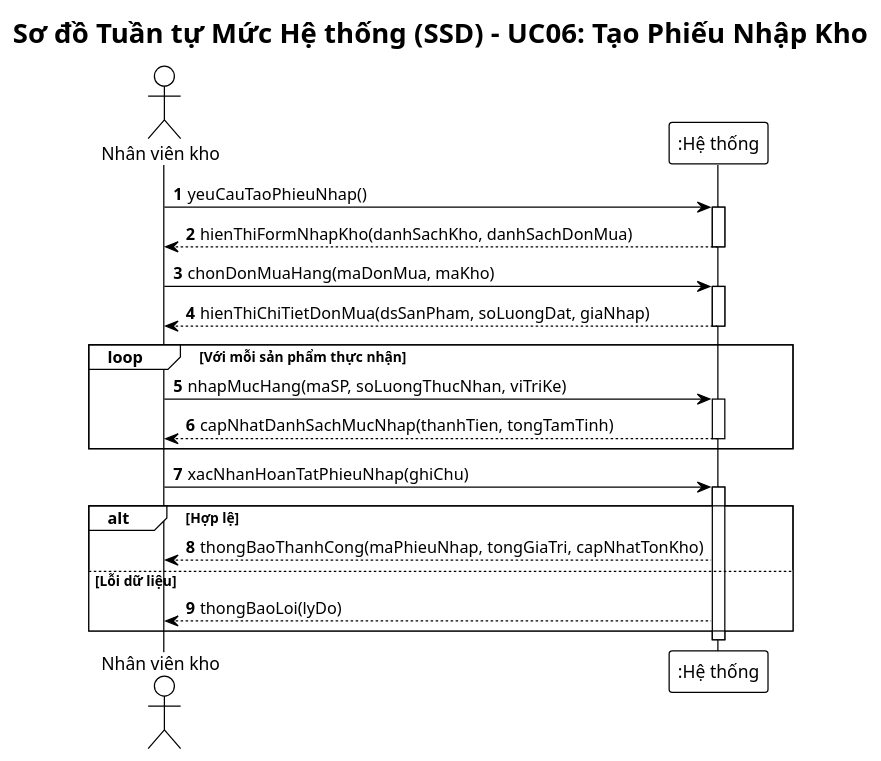
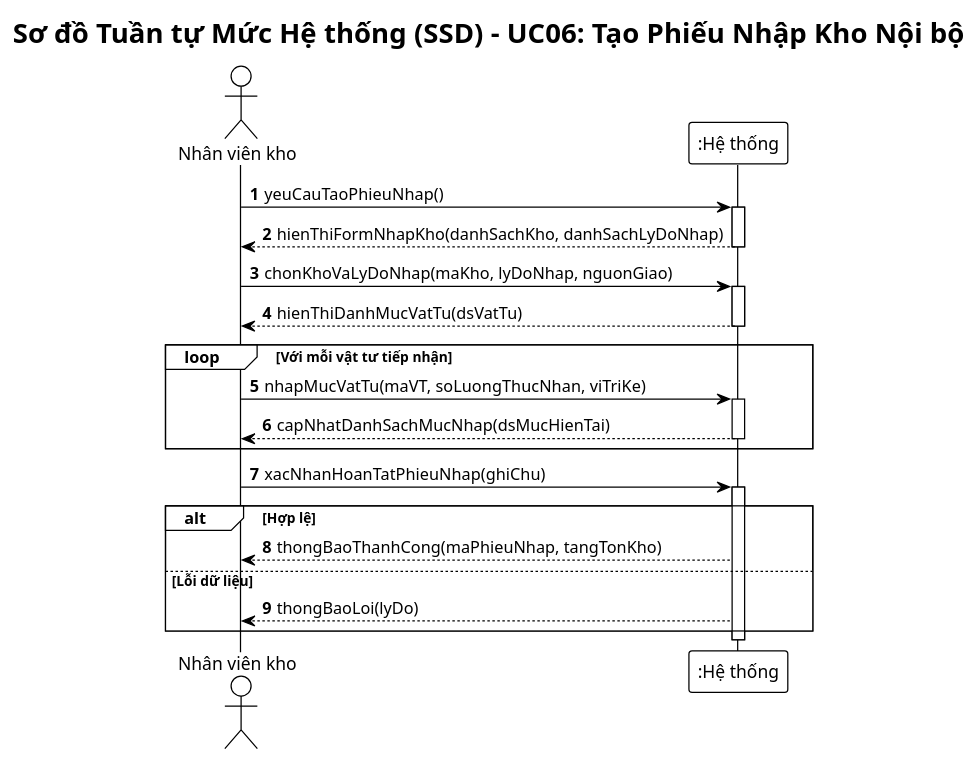
The first of 4 diagrams in BTL-QuanLyKhoHang/plantuml/ssd.puml (vuhoabinh2416137/G8_Quanlysanphamvakhohang), drawn with PlantUML before and after one commit. The commit also changed other lines of this file and 73 other files, not shown here.

Commit message:
refactor: chuyen doi toan bo du an sang Quan ly Kho vat tu noi bo to chuc va bo sung ke hoach phan cong 7 thanh vien

```diff
--- a/BTL-QuanLyKhoHang/plantuml/ssd.puml
+++ b/BTL-QuanLyKhoHang/plantuml/ssd.puml
@@ -1,37 +1,37 @@
 @startuml ssd-nhap-kho
 !theme plain
 autonumber
 skinparam responseMessageBelowArrow true
 skinparam defaultFontName "Arial"
 
-title Sơ đồ Tuần tự Mức Hệ thống (SSD) - UC06: Tạo Phiếu Nhập Kho
+title Sơ đồ Tuần tự Mức Hệ thống (SSD) - UC06: Tạo Phiếu Nhập Kho Nội bộ
 
 actor "Nhân viên kho" as NV
 participant ":Hệ thống" as Sys
 
 NV -> Sys: yeuCauTaoPhieuNhap()
 activate Sys
-Sys --> NV: hienThiFormNhapKho(danhSachKho, danhSachDonMua)
+Sys --> NV: hienThiFormNhapKho(danhSachKho, danhSachLyDoNhap)
 deactivate Sys
 
-NV -> Sys: chonDonMuaHang(maDonMua, maKho)
+NV -> Sys: chonKhoVaLyDoNhap(maKho, lyDoNhap, nguonGiao)
 activate Sys
-Sys --> NV: hienThiChiTietDonMua(dsSanPham, soLuongDat, giaNhap)
+Sys --> NV: hienThiDanhMucVatTu(dsVatTu)
 deactivate Sys
 
-loop Với mỗi sản phẩm thực nhận
-    NV -> Sys: nhapMucHang(maSP, soLuongThucNhan, viTriKe)
+loop Với mỗi vật tư tiếp nhận
+    NV -> Sys: nhapMucVatTu(maVT, soLuongThucNhan, viTriKe)
     activate Sys
-    Sys --> NV: capNhatDanhSachMucNhap(thanhTien, tongTamTinh)
+    Sys --> NV: capNhatDanhSachMucNhap(dsMucHienTai)
     deactivate Sys
 end
 
 NV -> Sys: xacNhanHoanTatPhieuNhap(ghiChu)
 activate Sys
 alt Hợp lệ
-    Sys --> NV: thongBaoThanhCong(maPhieuNhap, tongGiaTri, capNhatTonKho)
+    Sys --> NV: thongBaoThanhCong(maPhieuNhap, tangTonKho)
 else Lỗi dữ liệu
     Sys --> NV: thongBaoLoi(lyDo)
 end
 deactivate Sys
 @enduml
```
